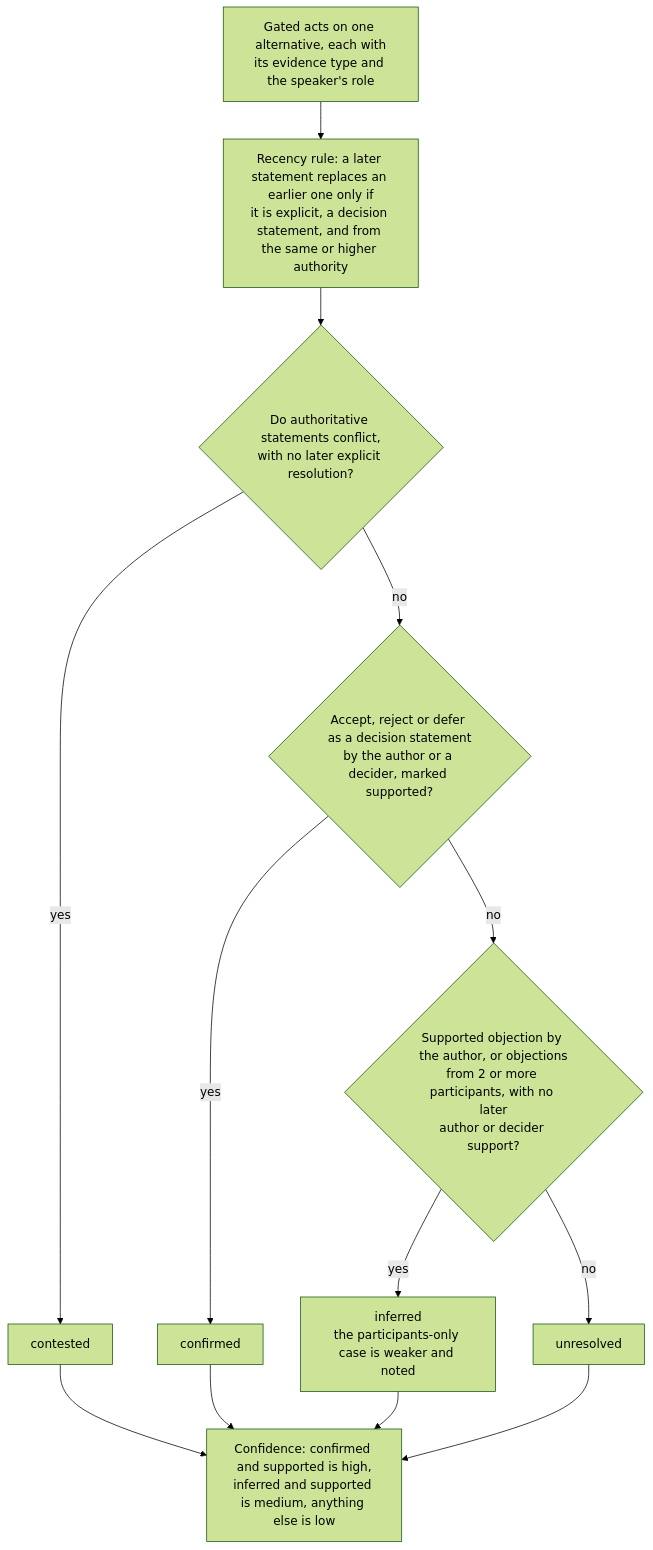
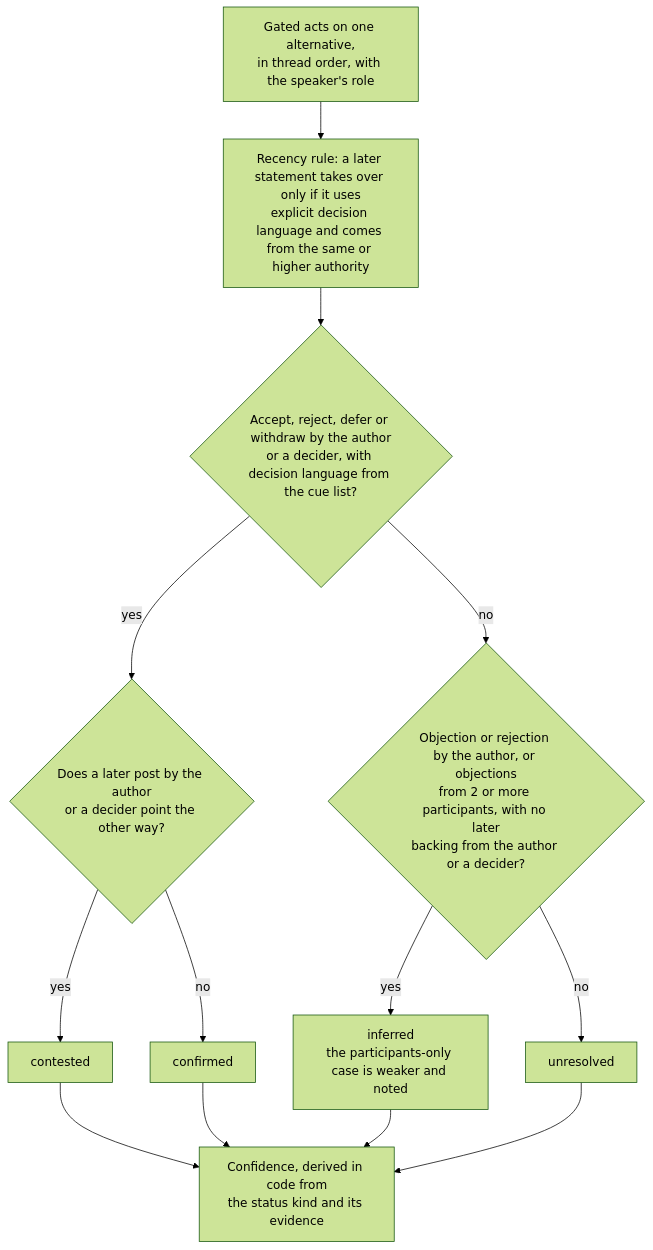
One commit to Madhav-GPT/DecRack changed the fourth of 8 diagrams in docs/ARCHITECTURE.md. Above: the diagram before and after it, drawn with Mermaid (forest theme). The commit also changed other lines of this file and 6 other files, not shown here.

````diff
--- a/docs/ARCHITECTURE.md
+++ b/docs/ARCHITECTURE.md
@@ -330,12 +333,12 @@
 ```mermaid
 flowchart TD
-    A["Gated acts on one alternative, each with<br/>its evidence type and the speaker's role"] --> R["Recency rule: a later statement replaces an earlier one only if<br/>it is explicit, a decision statement, and from the same or higher authority"]
-    R --> C{"Do authoritative statements conflict,<br/>with no later explicit resolution?"}
+    A["Gated acts on one alternative,<br/>in thread order, with the speaker's role"] --> R["Recency rule: a later statement takes over only if it uses<br/>explicit decision language and comes from the same or higher authority"]
+    R --> D{"Accept, reject, defer or withdraw by the author<br/>or a decider, with decision language from the cue list?"}
+    D -->|yes| C{"Does a later post by the author<br/>or a decider point the other way?"}
     C -->|yes| CT["contested"]
-    C -->|no| D{"Accept, reject or defer as a decision statement<br/>by the author or a decider, marked supported?"}
-    D -->|yes| CF["confirmed"]
-    D -->|no| I{"Supported objection by the author, or objections<br/>from 2 or more participants, with no later<br/>author or decider support?"}
+    C -->|no| CF["confirmed"]
+    D -->|no| I{"Objection or rejection by the author, or objections<br/>from 2 or more participants, with no later<br/>backing from the author or a decider?"}
     I -->|yes| IN["inferred<br/>the participants-only case is weaker and noted"]
     I -->|no| UN["unresolved"]
-    CT & CF & IN & UN --> T["Confidence: confirmed and supported is high,<br/>inferred and supported is medium, anything else is low"]
+    CT & CF & IN & UN --> T["Confidence, derived in code from<br/>the status kind and its evidence"]
 ```
````
